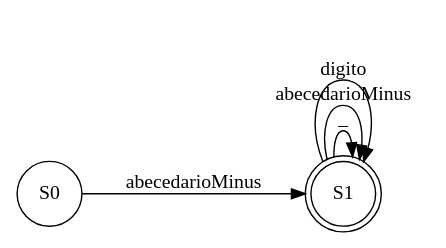
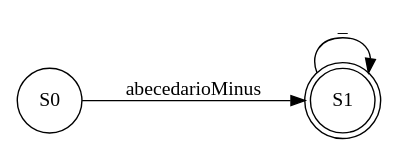
The diagram in Py1_201603028/src/AFD_201603028/identificador.dot (Racs0XD/-OLC1-Proyecto1_201603028), drawn with Graphviz before and after one commit. The commit also changed 68 other files, not shown here.

```diff
--- a/Py1_201603028/src/AFD_201603028/identificador.dot
+++ b/Py1_201603028/src/AFD_201603028/identificador.dot
@@ -1,25 +1,17 @@
 digraph G{
 rankdir=LR
 node[shape=circle]
 concentrate=true
 nodoS0[label="S0"];
 
 nodoS1[label="S1"];
 
 nodoS0->nodoS1[label="abecedarioMinus"];
 
 nodoS1[label="S1"][shape=doublecircle];
 
 nodoS1[label="S1"];
 
 nodoS1->nodoS1[label="_"];
 
-nodoS1[label="S1"];
-
-nodoS1->nodoS1[label="abecedarioMinus"];
-
-nodoS1[label="S1"];
-
-nodoS1->nodoS1[label="digito"];
-
 }
```
